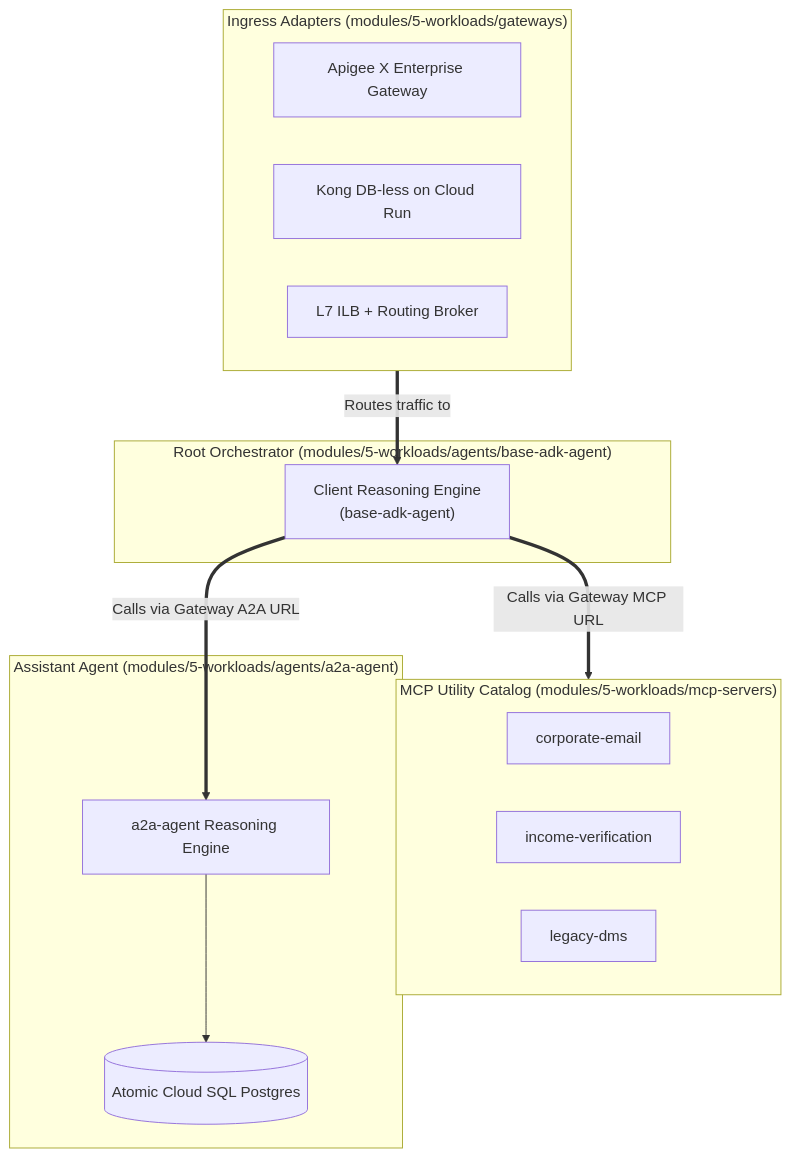
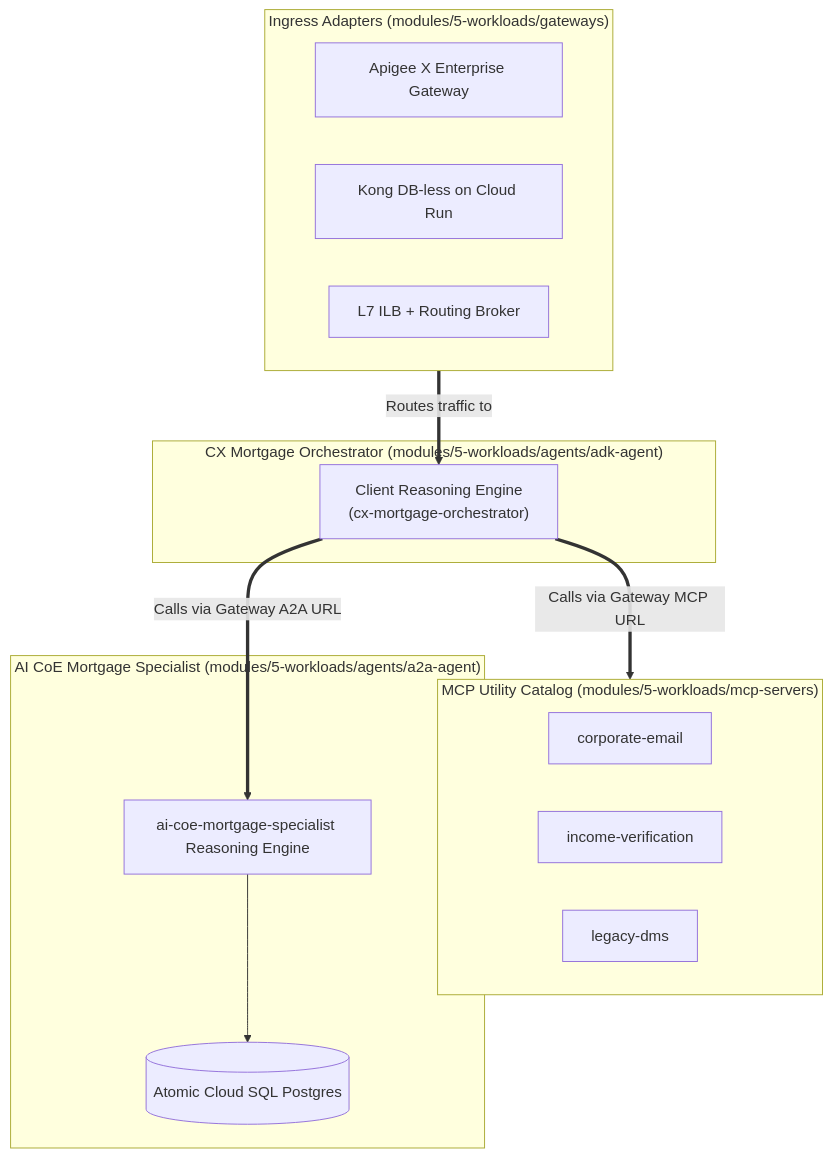
Before and after one commit to google/esmeralda: the diagram in docs/2-workloads-and-catalog/README.md, drawn with Mermaid. The commit also changed other lines of this file and 184 other files, not shown here.

First line of the commit message:
refactor: name agents and agent projects after their owning team

````diff
--- a/docs/2-workloads-and-catalog/README.md
+++ b/docs/2-workloads-and-catalog/README.md
@@ -37,28 +37,28 @@
 ```mermaid
 flowchart TB
     subgraph Gateways["Ingress Adapters (modules/5-workloads/gateways)"]
         G1["Apigee X Enterprise Gateway"]
         G2["Kong DB-less on Cloud Run"]
         G3["L7 ILB + Routing Broker"]
     end
 
-    subgraph Orchestrator["Root Orchestrator (modules/5-workloads/agents/base-adk-agent)"]
-        Root["Client Reasoning Engine<br/>(base-adk-agent)"]
+    subgraph Orchestrator["CX Mortgage Orchestrator (modules/5-workloads/agents/adk-agent)"]
+        Root["Client Reasoning Engine<br/>(cx-mortgage-orchestrator)"]
     end
 
     subgraph MCPServers["MCP Utility Catalog (modules/5-workloads/mcp-servers)"]
         M1["corporate-email"]
         M2["income-verification"]
         M3["legacy-dms"]
     end
 
-    subgraph Downstream["Assistant Agent (modules/5-workloads/agents/a2a-agent)"]
-        A2A["a2a-agent Reasoning Engine"]
+    subgraph Downstream["AI CoE Mortgage Specialist (modules/5-workloads/agents/a2a-agent)"]
+        A2A["ai-coe-mortgage-specialist Reasoning Engine"]
         DB[(Atomic Cloud SQL Postgres)]
         A2A --> DB
     end
 
     Gateways ==>|Routes traffic to| Root
     Root ==>|Calls via Gateway MCP URL| MCPServers
     Root ==>|Calls via Gateway A2A URL| A2A
 ```
````
